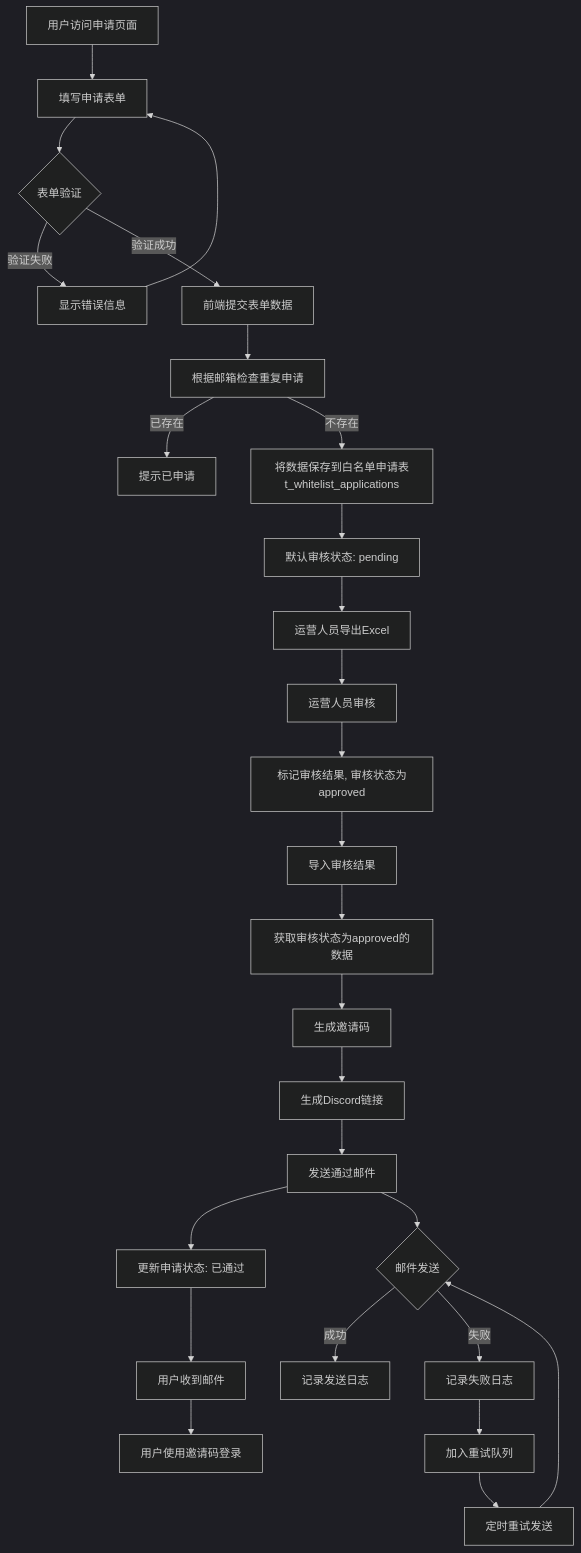
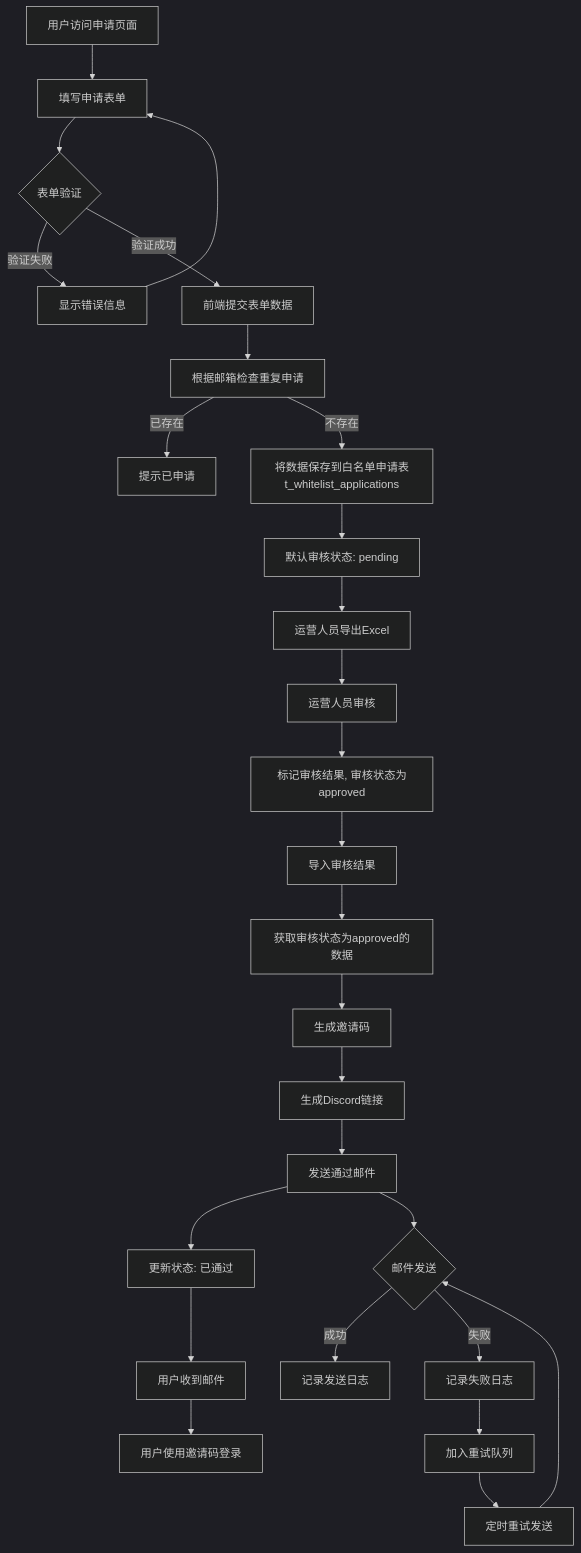
The diagram in all/未命名-69.md (yingjianzh/iodraw-files), drawn with Mermaid (dark theme) before and after one commit.

Commit message:
2025-07-03 10:32:26 update

````diff
--- a/all/未命名-69.md
+++ b/all/未命名-69.md
@@ -1,32 +1,32 @@
 ```mermaid
 flowchart TD
     A[用户访问申请页面] --> B[填写申请表单]
     B --> C{表单验证}
     C -->|验证失败| D[显示错误信息]
     D --> B
     C -->|验证成功| E[前端提交表单数据]
     E -->E1[根据邮箱检查重复申请]
     E1 -->|已存在| F[提示已申请]
     E1 -->|不存在| G[将数据保存到白名单申请表t_whitelist_applications]
     G --> H[默认审核状态: pending]
     
     H --> I[运营人员导出Excel]
     I --> J[运营人员审核]
     J --> K[标记审核结果, 审核状态为approved]
     K --> L[导入审核结果]
     L --> M[获取审核状态为approved的数据]
     M --> N[生成邀请码]
     N --> O[生成Discord链接]
     O --> P[发送通过邮件]
-    P --> Q[更新申请状态: 已通过]
+    P --> Q[更新状态: 已通过]
     
     P --> T{邮件发送}
     T -->|成功| U[记录发送日志]
     T -->|失败| V[记录失败日志]
     V --> W[加入重试队列]
     W --> X[定时重试发送]
     X --> T
     
     Q --> Y[用户收到邮件]
     Y --> Z[用户使用邀请码登录]
 ```
````
